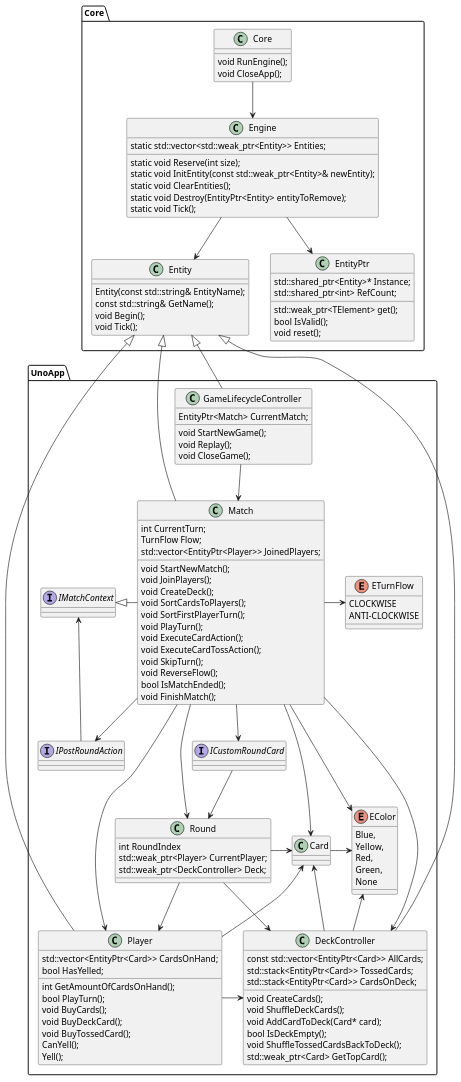
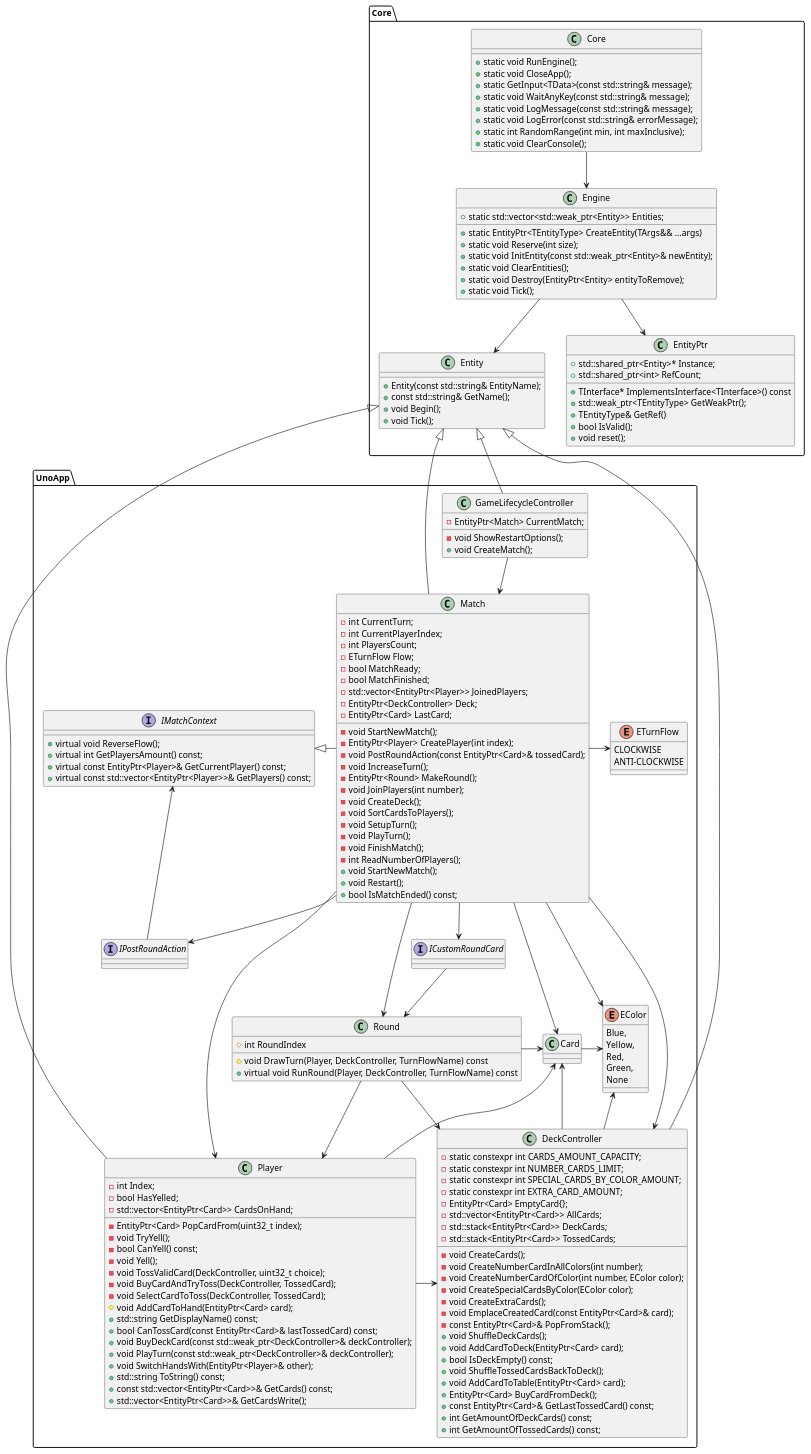
One commit to rodrigoaadias/UnoGameProjectCpp changed the diagram in Documentation/GeneralArchitecture.puml. Above: the diagram before and after it, drawn with PlantUML. The commit also changed 4 other files, not shown here.

Commit message:
final update on classes member in UML diagram

```diff
--- a/Documentation/GeneralArchitecture.puml
+++ b/Documentation/GeneralArchitecture.puml
@@ -1,148 +1,195 @@
 @startuml
 'https://plantuml.com/class-diagram
 
 package Core
 {
     class Engine{
-        static std::vector<std::weak_ptr<Entity>> Entities;
-        static void Reserve(int size);
-        static void InitEntity(const std::weak_ptr<Entity>& newEntity);
-        static void ClearEntities();
-        static void Destroy(EntityPtr<Entity> entityToRemove);
-        static void Tick();
+        +static std::vector<std::weak_ptr<Entity>> Entities;
+        +static EntityPtr<TEntityType> CreateEntity(TArgs&& ...args)
+        +static void Reserve(int size);
+        +static void InitEntity(const std::weak_ptr<Entity>& newEntity);
+        +static void ClearEntities();
+        +static void Destroy(EntityPtr<Entity> entityToRemove);
+        +static void Tick();
     }
 
     class Entity{        
-        Entity(const std::string& EntityName);
-        const std::string& GetName();
-        void Begin();
-        void Tick();
+        +Entity(const std::string& EntityName);
+        +const std::string& GetName();
+        +void Begin();
+        +void Tick();
     }
 
     Engine --> Entity
     Engine --> EntityPtr
 
     class EntityPtr{
-        std::shared_ptr<Entity>* Instance;
-        std::shared_ptr<int> RefCount;
-        std::weak_ptr<TElement> get();
-        bool IsValid();
-        void reset();
+        +std::shared_ptr<Entity>* Instance;
+        +std::shared_ptr<int> RefCount;
+        +TInterface* ImplementsInterface<TInterface>() const
+        +std::weak_ptr<TEntityType> GetWeakPtr();
+        +TEntityType& GetRef()
+        +bool IsValid();
+        +void reset();
     }
 
     class Core{
-        void RunEngine();
-        void CloseApp();
+        +static void RunEngine();
+        +static void CloseApp();
+        +static GetInput<TData>(const std::string& message);
+        +static void WaitAnyKey(const std::string& message);
+        +static void LogMessage(const std::string& message);
+        +static void LogError(const std::string& errorMessage);
+        +static int RandomRange(int min, int maxInclusive);
+        +static void ClearConsole();
     }
 
     Core --> Engine
 }
 
 package UnoApp
 {
     class GameLifecycleController{
-        EntityPtr<Match> CurrentMatch;
-        void StartNewGame();
-        void Replay();
-        void CloseGame();
+        -EntityPtr<Match> CurrentMatch;
+        -void ShowRestartOptions();
+        +void CreateMatch();
     }
     
     class Player{
-        std::vector<EntityPtr<Card>> CardsOnHand;
-        bool HasYelled;
-        int GetAmountOfCardsOnHand();
-        bool PlayTurn();
-        void BuyCards();
-        void BuyDeckCard();
-        void BuyTossedCard();
-        CanYell();
-        Yell();
+        -int Index;
+        -bool HasYelled;
+        -std::vector<EntityPtr<Card>> CardsOnHand;
+        -EntityPtr<Card> PopCardFrom(uint32_t index);                                     
+        -void TryYell();
+        -bool CanYell() const;
+        -void Yell();
+        -void TossValidCard(DeckController, uint32_t choice);
+        -void BuyCardAndTryToss(DeckController, TossedCard);
+        -void SelectCardToToss(DeckController, TossedCard);
+        #void AddCardToHand(EntityPtr<Card> card);
+        +std::string GetDisplayName() const;
+        +bool CanTossCard(const EntityPtr<Card>& lastTossedCard) const;
+        +void BuyDeckCard(const std::weak_ptr<DeckController>& deckController);
+        +void PlayTurn(const std::weak_ptr<DeckController>& deckController);
+        +void SwitchHandsWith(EntityPtr<Player>& other);
+        +std::string ToString() const;
+        +const std::vector<EntityPtr<Card>>& GetCards() const;
+        +std::vector<EntityPtr<Card>>& GetCardsWrite();
     }
 
     class DeckController{
-        const std::vector<EntityPtr<Card>> AllCards;
-        std::stack<EntityPtr<Card>> TossedCards;
-        std::stack<EntityPtr<Card>> CardsOnDeck;
-        void CreateCards();
-        void ShuffleDeckCards();
-        void AddCardToDeck(Card* card);
-        bool IsDeckEmpty();
-        void ShuffleTossedCardsBackToDeck();
-        std::weak_ptr<Card> GetTopCard();
+        -static constexpr int CARDS_AMOUNT_CAPACITY;
+        -static constexpr int NUMBER_CARDS_LIMIT;
+        -static constexpr int SPECIAL_CARDS_BY_COLOR_AMOUNT;
+        -static constexpr int EXTRA_CARD_AMOUNT;
+        -EntityPtr<Card> EmptyCard{};
+        -std::vector<EntityPtr<Card>> AllCards;
+        -std::stack<EntityPtr<Card>> DeckCards;
+        -std::stack<EntityPtr<Card>> TossedCards;
+        -void CreateCards();
+        -void CreateNumberCardInAllColors(int number);
+        -void CreateNumberCardOfColor(int number, EColor color);
+        -void CreateSpecialCardsByColor(EColor color);
+        -void CreateExtraCards();
+        -void EmplaceCreatedCard(const EntityPtr<Card>& card);
+        -const EntityPtr<Card>& PopFromStack();
+        +void ShuffleDeckCards();
+        +void AddCardToDeck(EntityPtr<Card> card);
+        +bool IsDeckEmpty() const;
+        +void ShuffleTossedCardsBackToDeck();
+        +void AddCardToTable(EntityPtr<Card> card);
+        +EntityPtr<Card> BuyCardFromDeck();
+        +const EntityPtr<Card>& GetLastTossedCard() const;
+        +int GetAmountOfDeckCards() const;
+        +int GetAmountOfTossedCards() const;
     }
 
     enum ETurnFlow{
         CLOCKWISE
         ANTI-CLOCKWISE
     }
     
     enum EColor{
         Blue,
         Yellow,
         Red,
         Green,
         None
     }
 
     class Match{    
-        int CurrentTurn;
-        TurnFlow Flow;
-        std::vector<EntityPtr<Player>> JoinedPlayers;        
-        void StartNewMatch();
-        void JoinPlayers();
-        void CreateDeck();
-        void SortCardsToPlayers();
-        void SortFirstPlayerTurn();
-        void PlayTurn();
-        void ExecuteCardAction();      
-        void ExecuteCardTossAction();  
-        void SkipTurn();
-        void ReverseFlow();
-        bool IsMatchEnded();
-        void FinishMatch();
+        -int CurrentTurn;
+        -int CurrentPlayerIndex;
+        -int PlayersCount;
+        -ETurnFlow Flow;
+        -bool MatchReady;
+        -bool MatchFinished;
+        -std::vector<EntityPtr<Player>> JoinedPlayers;  
+        -EntityPtr<DeckController> Deck;      
+        -void StartNewMatch();
+        -EntityPtr<Player> CreatePlayer(int index);
+        -void PostRoundAction(const EntityPtr<Card>& tossedCard);
+        -void IncreaseTurn();
+        -EntityPtr<Round> MakeRound();
+        -EntityPtr<Card> LastCard;        
+        -void JoinPlayers(int number);
+        -void CreateDeck();
+        -void SortCardsToPlayers();
+        -void SetupTurn();
+        -void PlayTurn();
+        -void FinishMatch();
+        -int ReadNumberOfPlayers();
+        +void StartNewMatch();    
+        +void Restart();    
+        +bool IsMatchEnded() const;
     }
     
     class Round{
-        int RoundIndex
-        std::weak_ptr<Player> CurrentPlayer;
-        std::weak_ptr<DeckController> Deck;
+        #int RoundIndex
+        #void DrawTurn(Player, DeckController, TurnFlowName) const
+        +virtual void RunRound(Player, DeckController, TurnFlowName) const
     }
 
     class Card{
     }
 
     interface IPostRoundAction{}
     
     interface ICustomRoundCard{}
     
-    interface IMatchContext{}
+    interface IMatchContext{
+        +virtual void ReverseFlow();
+        +virtual int GetPlayersAmount() const;
+        +virtual const EntityPtr<Player>& GetCurrentPlayer() const;
+        +virtual const std::vector<EntityPtr<Player>>& GetPlayers() const;
+    }
 
     Entity <|-- GameLifecycleController
     GameLifecycleController --> Match
 
     Entity <|-- Player
     Entity <|-- Match
     Entity <|-- DeckController
 
     Player -> DeckController
     Match ---> Player
     Match ---> DeckController
     Match -> ETurnFlow
     Match --> Card
     Match --> Round
     Match --> IPostRoundAction
     IMatchContext <|-Match
     IMatchContext <-- IPostRoundAction
     ICustomRoundCard --> Round
     Match --> ICustomRoundCard
     Round --> Player
     Round --> DeckController
     Round -> Card
     Card -> EColor
     Card <- DeckController
     EColor <- DeckController
     EColor <- Match
     Card <- Player
 }
 
 @enduml
```
